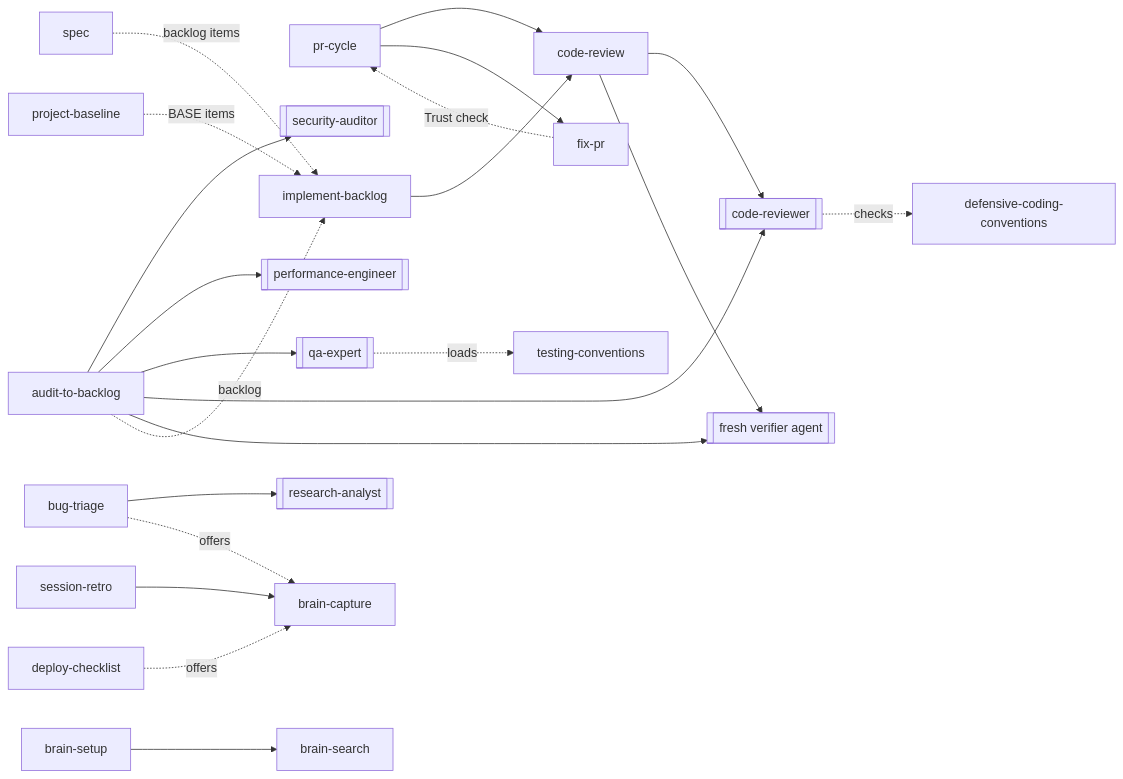
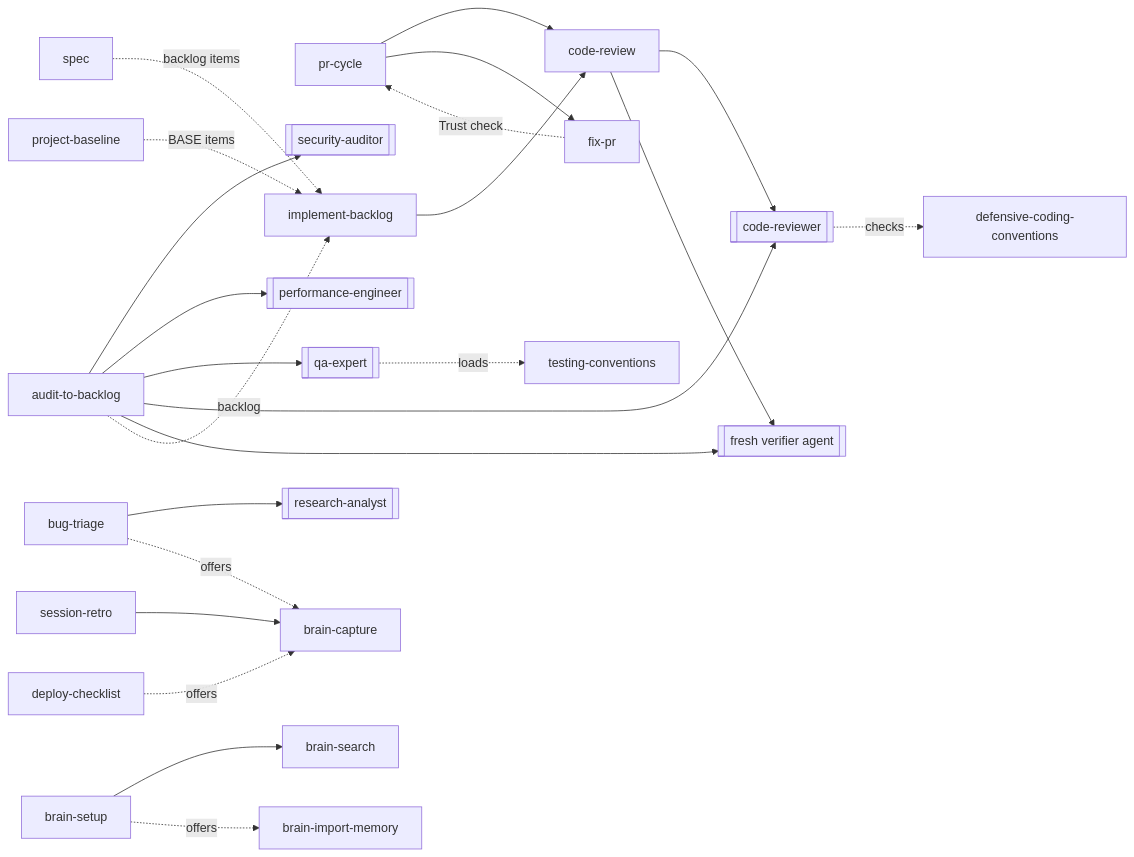
One commit to msolecki/developer-os changed the second of 2 diagrams in docs/architecture/overview.md. Above: the diagram before and after it, drawn with Mermaid. The commit also changed other lines of this file and 47 other files, not shown here.

````diff
--- a/docs/architecture/overview.md
+++ b/docs/architecture/overview.md
@@ -104,24 +104,25 @@
 ```mermaid
 flowchart LR
   pr-cycle --> code-review
   pr-cycle --> fix-pr
   fix-pr -. Trust check .-> pr-cycle
   code-review --> code-reviewer[[code-reviewer]]
   code-review --> verifier[[fresh verifier agent]]
   audit-to-backlog --> security-auditor[[security-auditor]]
   audit-to-backlog --> performance-engineer[[performance-engineer]]
   audit-to-backlog --> qa-expert[[qa-expert]]
   audit-to-backlog --> code-reviewer
   audit-to-backlog --> verifier
   implement-backlog --> code-review
   bug-triage --> research-analyst[[research-analyst]]
   spec -. backlog items .-> implement-backlog
   audit-to-backlog -. backlog .-> implement-backlog
   project-baseline -. BASE items .-> implement-backlog
   session-retro --> brain-capture
   brain-setup --> brain-search
+  brain-setup -. offers .-> brain-import-memory
   bug-triage -. offers .-> brain-capture
   deploy-checklist -. offers .-> brain-capture
   code-reviewer -. checks .-> defensive-coding-conventions
   qa-expert -. loads .-> testing-conventions
 ```
````
